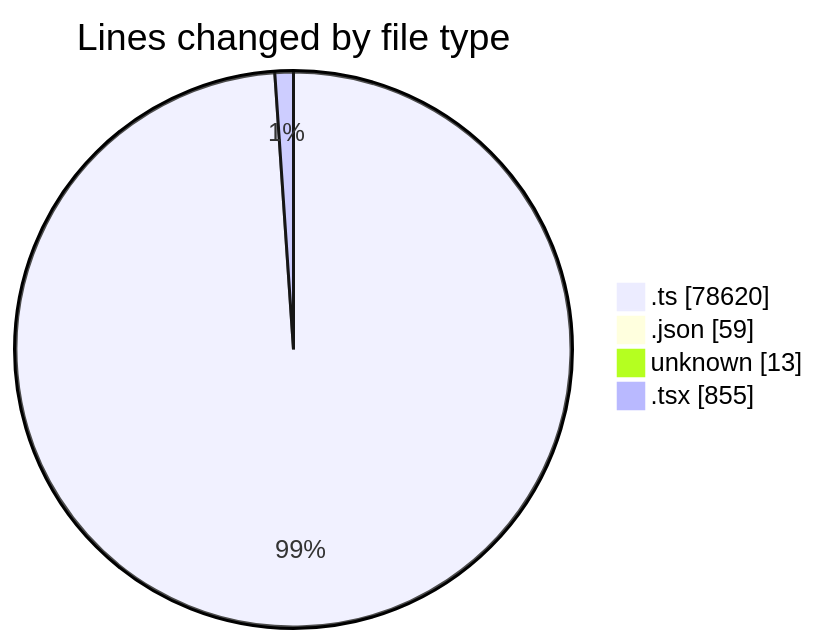
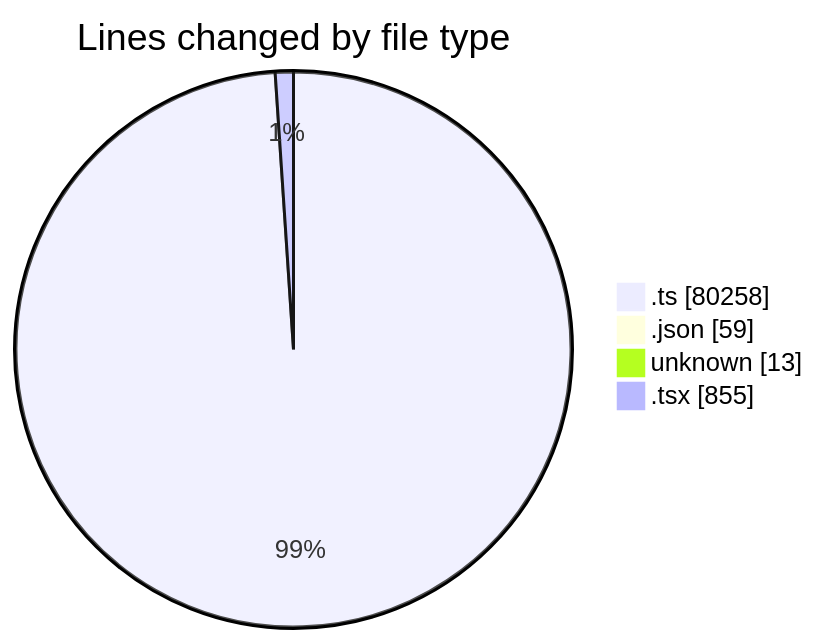
One commit to momahboobian/code-tracking changed the first of 2 diagrams in 2025-09-09/cda/README.md. Above: the diagram before and after it, drawn with Mermaid. The commit also changed other lines of this file and 1 other file, not shown here.

````diff
--- a/2025-09-09/cda/README.md
+++ b/2025-09-09/cda/README.md
@@ -127,8 +128,8 @@
 ```mermaid
 pie showData
 title Lines changed by file type
-".ts" : 78620
+".ts" : 80258
 ".json" : 59
 "unknown" : 13
 ".tsx" : 855
 ```
````
